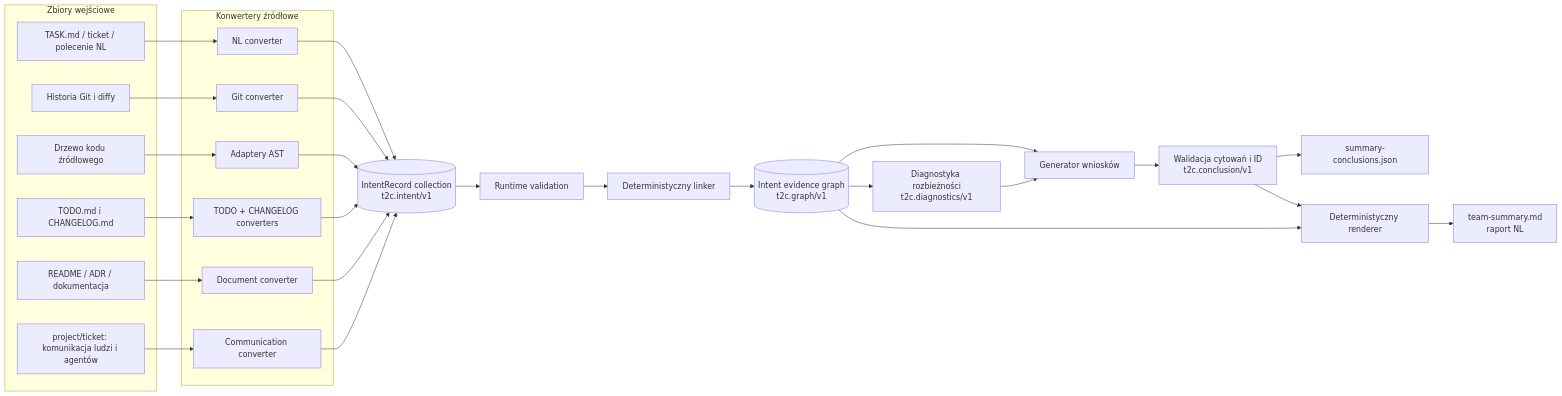
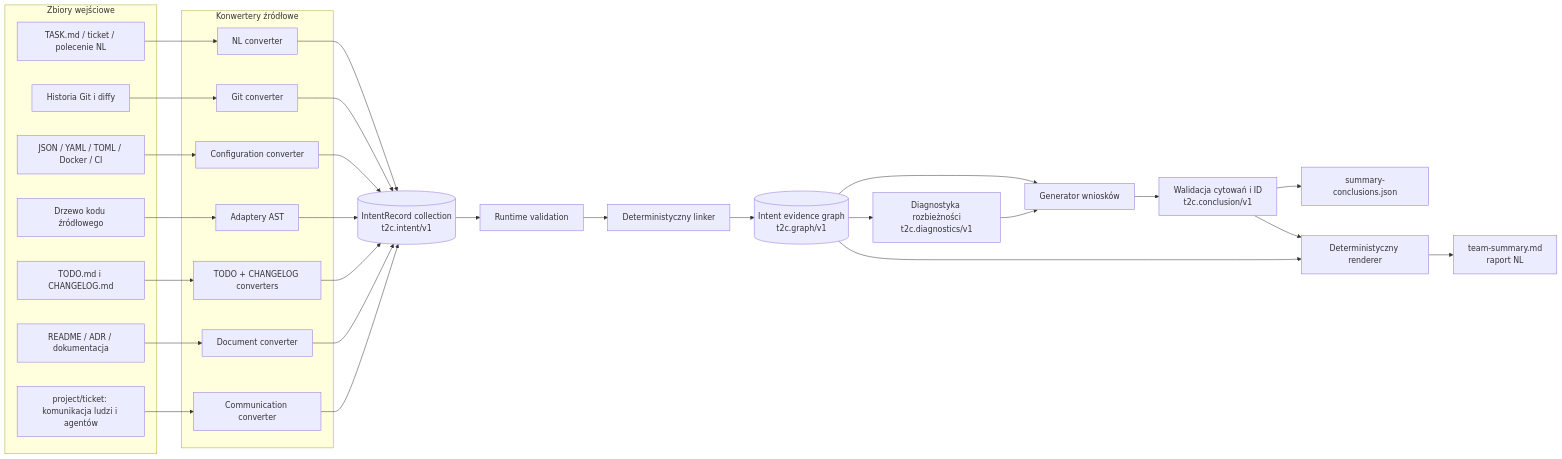
The first of 7 diagrams in docs/PIPELINE_DSL_NL.md (autogrammar/todo2code), drawn with Mermaid before and after one commit. The commit also changed other lines of this file and 10 other files, not shown here.

````diff
--- a/docs/PIPELINE_DSL_NL.md
+++ b/docs/PIPELINE_DSL_NL.md
@@ -17,47 +17,51 @@
 ```mermaid
 flowchart LR
     subgraph S[Zbiory wejściowe]
         TASK[TASK.md / ticket / polecenie NL]
         GIT[Historia Git i diffy]
         CODE[Drzewo kodu źródłowego]
         MARKDOWN[TODO.md i CHANGELOG.md]
         DOCS[README / ADR / dokumentacja]
+        CONFIG[JSON / YAML / TOML / Docker / CI]
         COMM[project/ticket: komunikacja ludzi i agentów]
     end
 
     subgraph C[Konwertery źródłowe]
         CNL[NL converter]
         CGIT[Git converter]
         CAST[Adaptery AST]
         CMD[TODO + CHANGELOG converters]
         CDOC[Document converter]
+        CCONFIG[Configuration converter]
         CCOMM[Communication converter]
     end
 
     TASK --> CNL
     GIT --> CGIT
     CODE --> CAST
     MARKDOWN --> CMD
     DOCS --> CDOC
+    CONFIG --> CCONFIG
     COMM --> CCOMM
 
     CNL --> DSL[(IntentRecord collection<br/>t2c.intent/v1)]
     CGIT --> DSL
+    CCONFIG --> DSL
     CAST --> DSL
     CMD --> DSL
     CDOC --> DSL
     CCOMM --> DSL
 
     DSL --> VALIDATE[Runtime validation]
     VALIDATE --> LINK[Deterministyczny linker]
     LINK --> GRAPH[(Intent evidence graph<br/>t2c.graph/v1)]
     GRAPH --> DIAG[Diagnostyka rozbieżności<br/>t2c.diagnostics/v1]
 
     GRAPH --> CONC[Generator wniosków]
     DIAG --> CONC
     CONC --> CVALID[Walidacja cytowań i ID<br/>t2c.conclusion/v1]
     CVALID --> JSON[summary-conclusions.json]
     CVALID --> RENDER[Deterministyczny renderer]
     GRAPH --> RENDER
     RENDER --> NL[team-summary.md<br/>raport NL]
 ```
````
